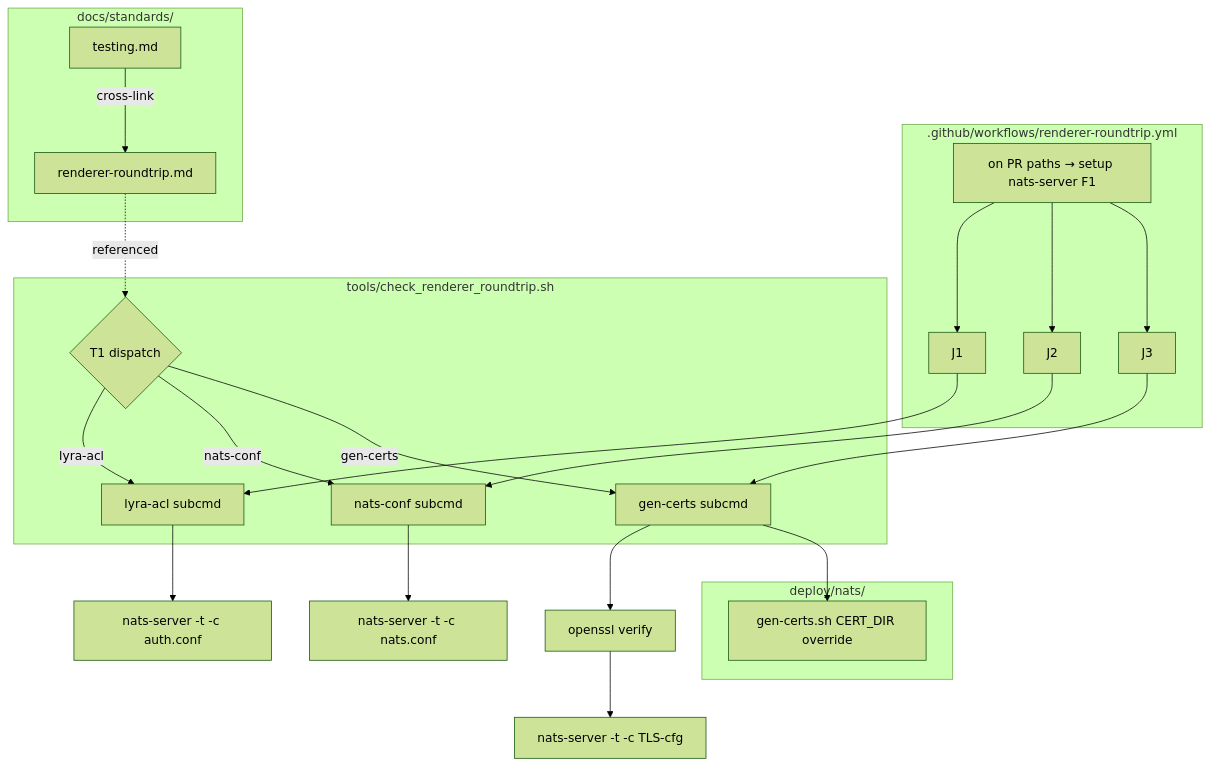
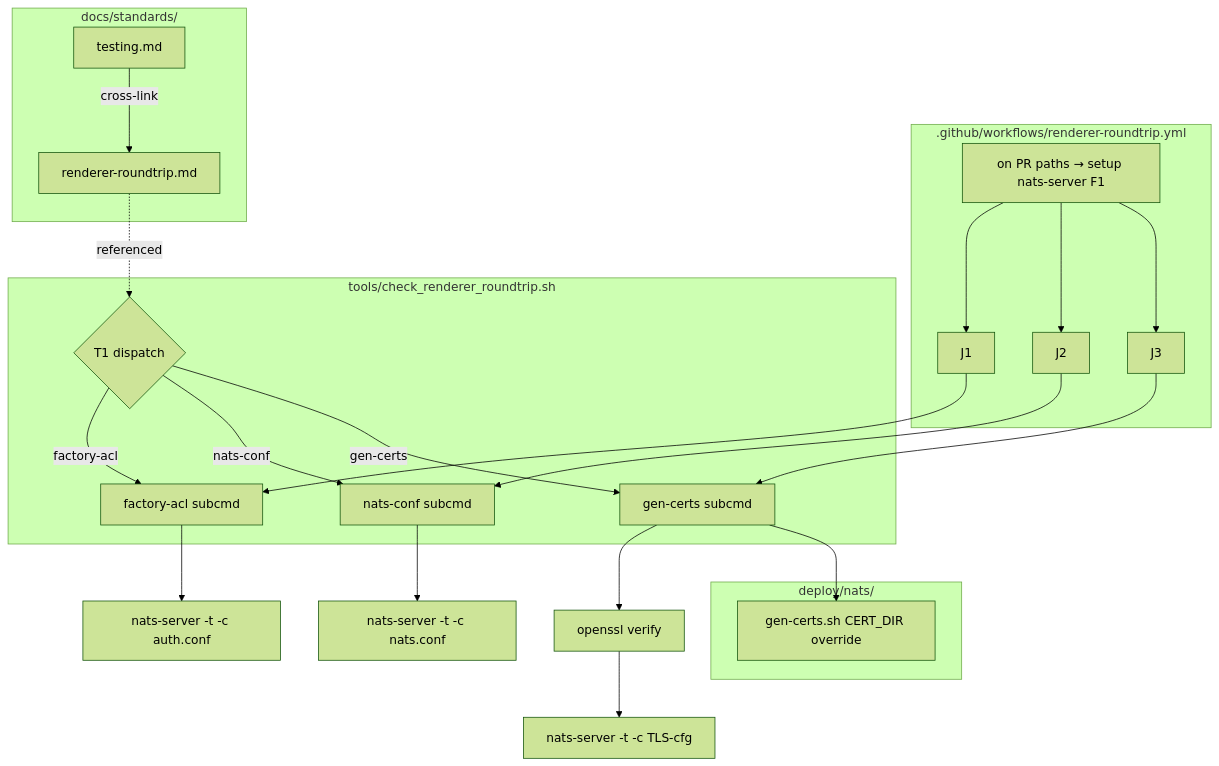
Before and after one commit to Roxabi/lyra: the first of 2 diagrams in artifacts/plans/1091-renderer-roundtrip-tests-plan.mdx, drawn with Mermaid (forest theme). The commit also changed other lines of this file and 1256 other files, not shown here.

First line of the commit message:
refactor: rename lyra→factory (package/CLI, env vars, container identity)

````diff
--- a/artifacts/plans/1091-renderer-roundtrip-tests-plan.mdx
+++ b/artifacts/plans/1091-renderer-roundtrip-tests-plan.mdx
@@ -16,34 +16,34 @@
 ```mermaid
 flowchart TD
     subgraph workflow [".github/workflows/renderer-roundtrip.yml"]
         W1[on PR paths → setup nats-server F1] --> J1
         W1 --> J2
         W1 --> J3
     end
 
     subgraph helper ["tools/check_renderer_roundtrip.sh"]
         T1{T1 dispatch}
-        T1 -->|lyra-acl| L[lyra-acl subcmd]
+        T1 -->|factory-acl| L[factory-acl subcmd]
         T1 -->|nats-conf| C[nats-conf subcmd]
         T1 -->|gen-certs| G[gen-certs subcmd]
     end
 
     J1 --> L
     J2 --> C
     J3 --> G
 
     L --> NS1[nats-server -t -c auth.conf]
     C --> NS2[nats-server -t -c nats.conf]
     G --> O[openssl verify] --> NS3[nats-server -t -c TLS-cfg]
 
     subgraph docs ["docs/standards/"]
         D1[renderer-roundtrip.md] -.referenced.-> T1
         TM[testing.md] -->|cross-link| D1
     end
 
     subgraph deploy ["deploy/nats/"]
         F2[gen-certs.sh CERT_DIR override]
     end
 
     G --> F2
 ```
````
